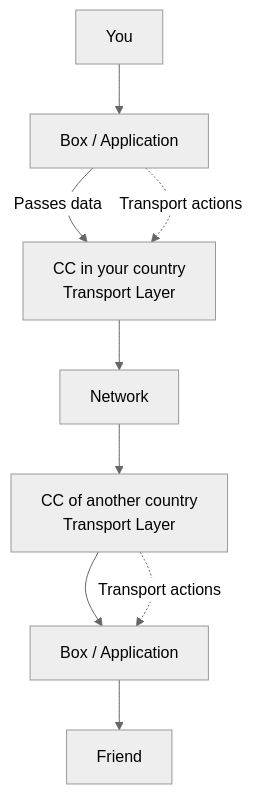
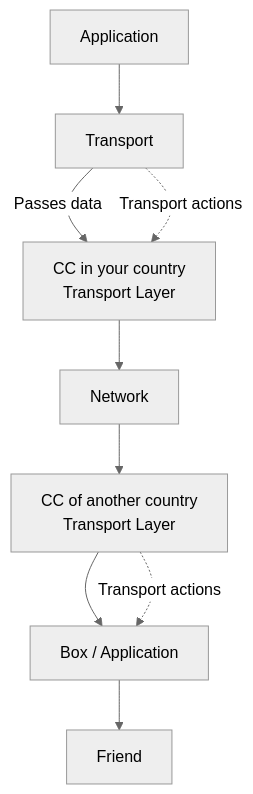
Before and after one commit to aswath0001/Internet-Networking: the third of 3 diagrams in 5.md, drawn with Mermaid (neutral theme).

````diff
--- a/5.md
+++ b/5.md
@@ -33,17 +33,17 @@
 ```mermaid
 graph TD
    
     %% Detailed Process Flow
-    SubYou["You"] --> Box1[Box / Application]
+    SubYou["Application"] --> Box1[Transport]
     Box1 -->|Passes data| TransYou[CC in your country <br/> Transport Layer]
     
     TransYou --> Network[Network]
 
     Network --> TransFriend[CC of another country <br/> Transport Layer]
     TransFriend --> Box2[Box / Application]
     Box2 --> Friend2[Friend]
 
     %% Styling connections
     Box1 -.->|Transport actions| TransYou
     TransFriend -.->|Transport actions| Box2
 ```
````
